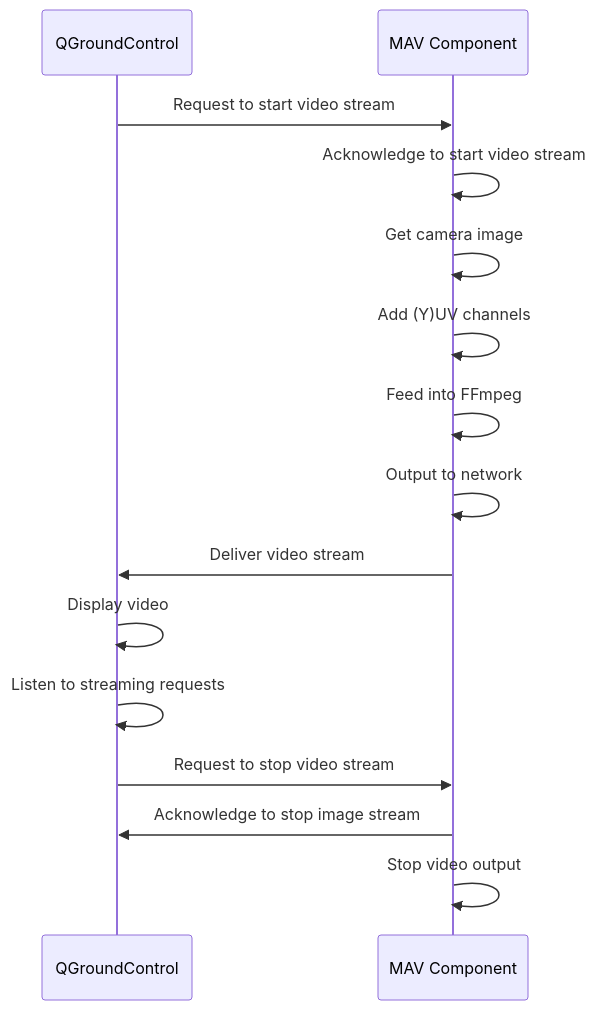
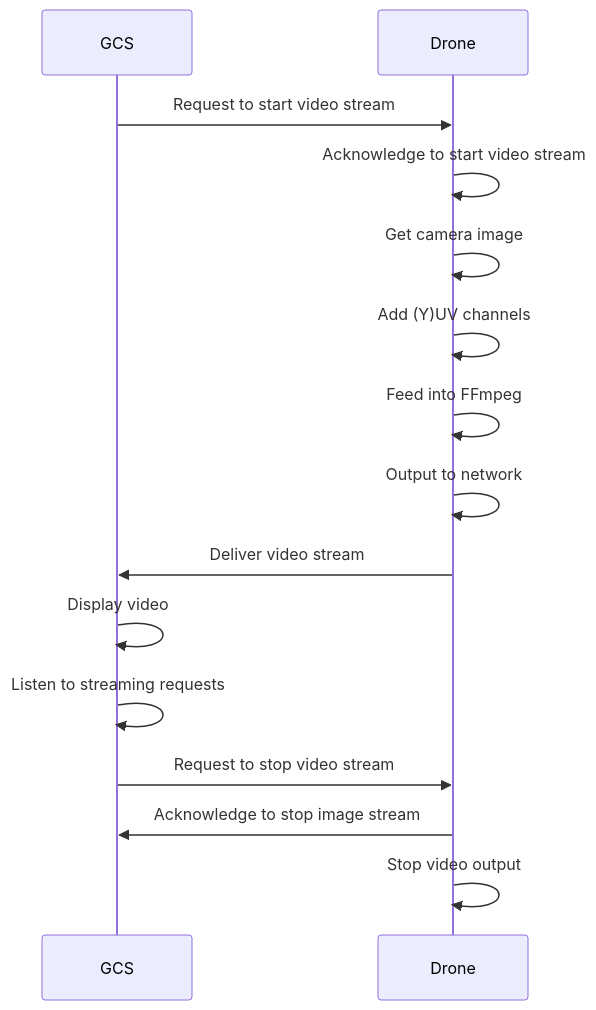
The second of 2 diagrams in en/protocol/image_transmission.md (mavlink/mavlink-devguide), drawn with Mermaid before and after one commit. The commit also changed other lines of this file, not shown here.

Commit message:
Update sequence diags to use GCS and Drone rather than QGC

```diff
--- a/en/protocol/image_transmission.md
+++ b/en/protocol/image_transmission.md
@@ -65,17 +65,17 @@
 {% mermaid %}
 sequenceDiagram;
-    participant QGroundControl
-    participant MAV Component
-    QGroundControl->>MAV Component: Request to start video stream
-    MAV Component->>MAV Component: Acknowledge to start video stream 
-    MAV Component->>MAV Component: Get camera image
-    MAV Component->>MAV Component: Add (Y)UV channels
-    MAV Component->>MAV Component: Feed into FFmpeg
-    MAV Component->>MAV Component: Output to network
-    MAV Component->>QGroundControl: Deliver video stream 
-    QGroundControl->>QGroundControl: Display video
-    QGroundControl->>QGroundControl: Listen to streaming requests
-    QGroundControl->>MAV Component: Request to stop video stream
-    MAV Component->>QGroundControl: Acknowledge to stop image stream
-    MAV Component->>MAV Component: Stop video output
+    participant GCS
+    participant Drone
+    GCS->>Drone: Request to start video stream
+    Drone->>Drone: Acknowledge to start video stream 
+    Drone->>Drone: Get camera image
+    Drone->>Drone: Add (Y)UV channels
+    Drone->>Drone: Feed into FFmpeg
+    Drone->>Drone: Output to network
+    Drone->>GCS: Deliver video stream 
+    GCS->>GCS: Display video
+    GCS->>GCS: Listen to streaming requests
+    GCS->>Drone: Request to stop video stream
+    Drone->>GCS: Acknowledge to stop image stream
+    Drone->>Drone: Stop video output
 {% endmermaid %}
```
